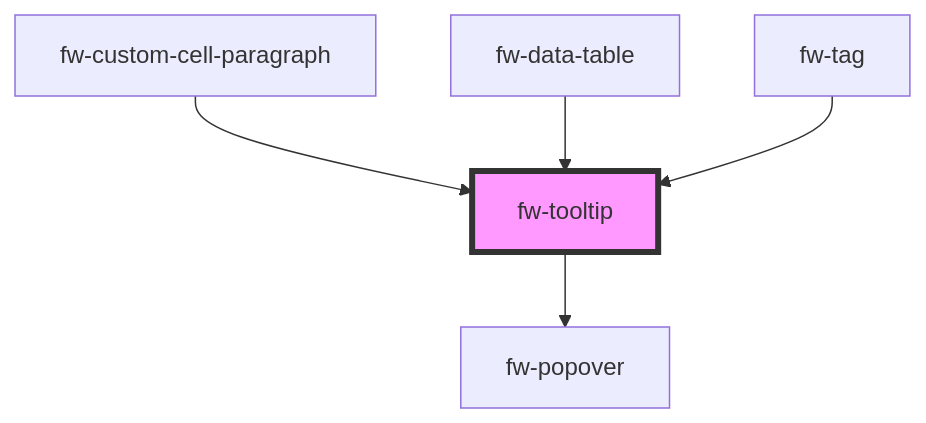
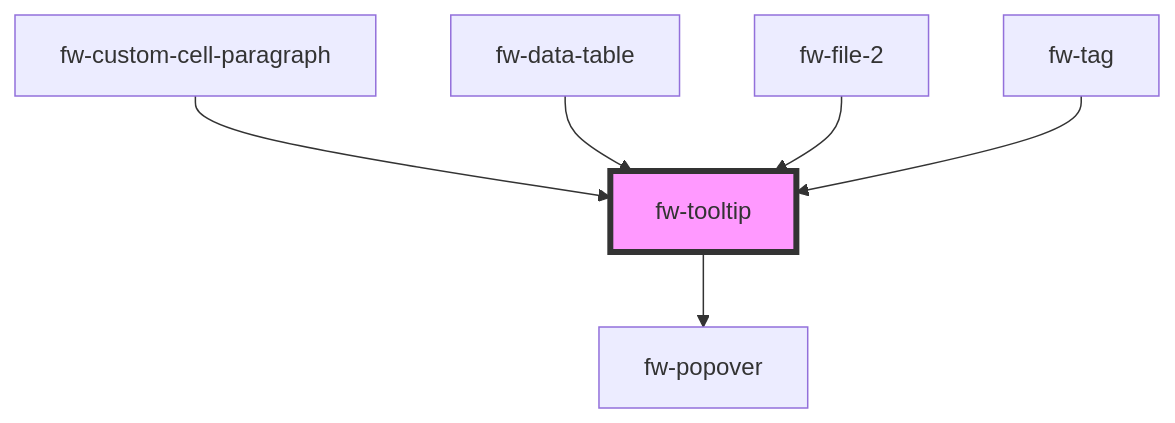
The diagram in packages/crayons-core/src/components/tooltip/readme.md (freshworks/crayons), drawn with Mermaid before and after one commit. The commit also changed other lines of this file and 18 other files, not shown here.

````diff
--- a/packages/crayons-core/src/components/tooltip/readme.md
+++ b/packages/crayons-core/src/components/tooltip/readme.md
@@ -394,8 +395,9 @@
 ```mermaid
 graph TD;
   fw-tooltip --> fw-popover
   fw-custom-cell-paragraph --> fw-tooltip
   fw-data-table --> fw-tooltip
+  fw-file-2 --> fw-tooltip
   fw-tag --> fw-tooltip
   style fw-tooltip fill:#f9f,stroke:#333,stroke-width:4px
 ```
````
